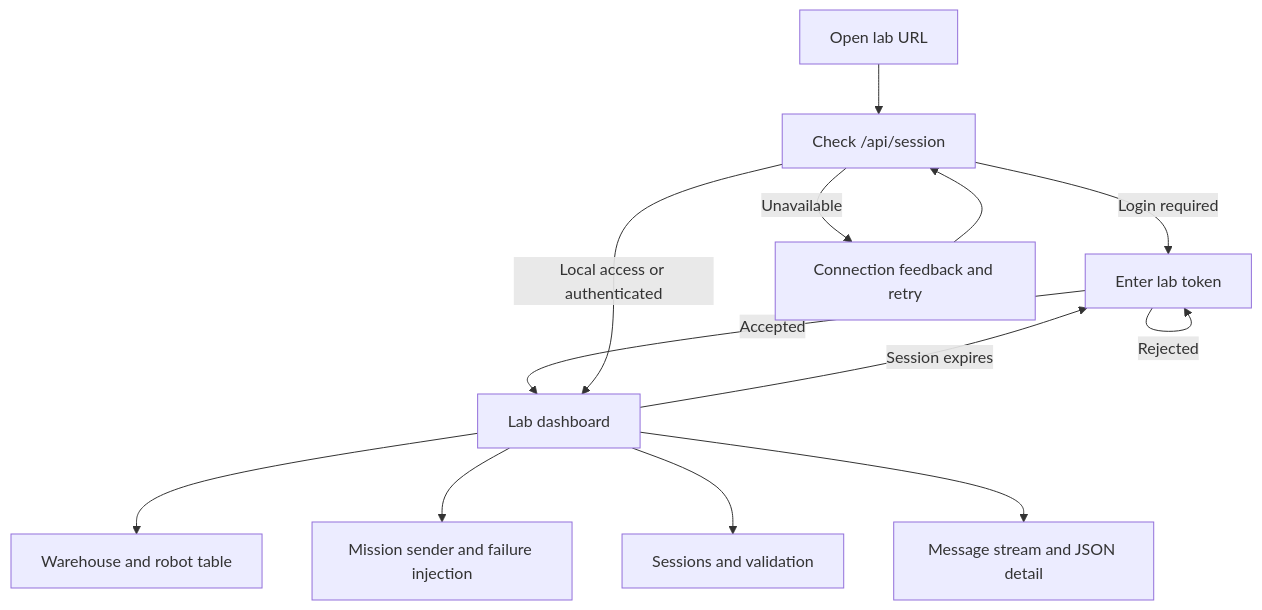
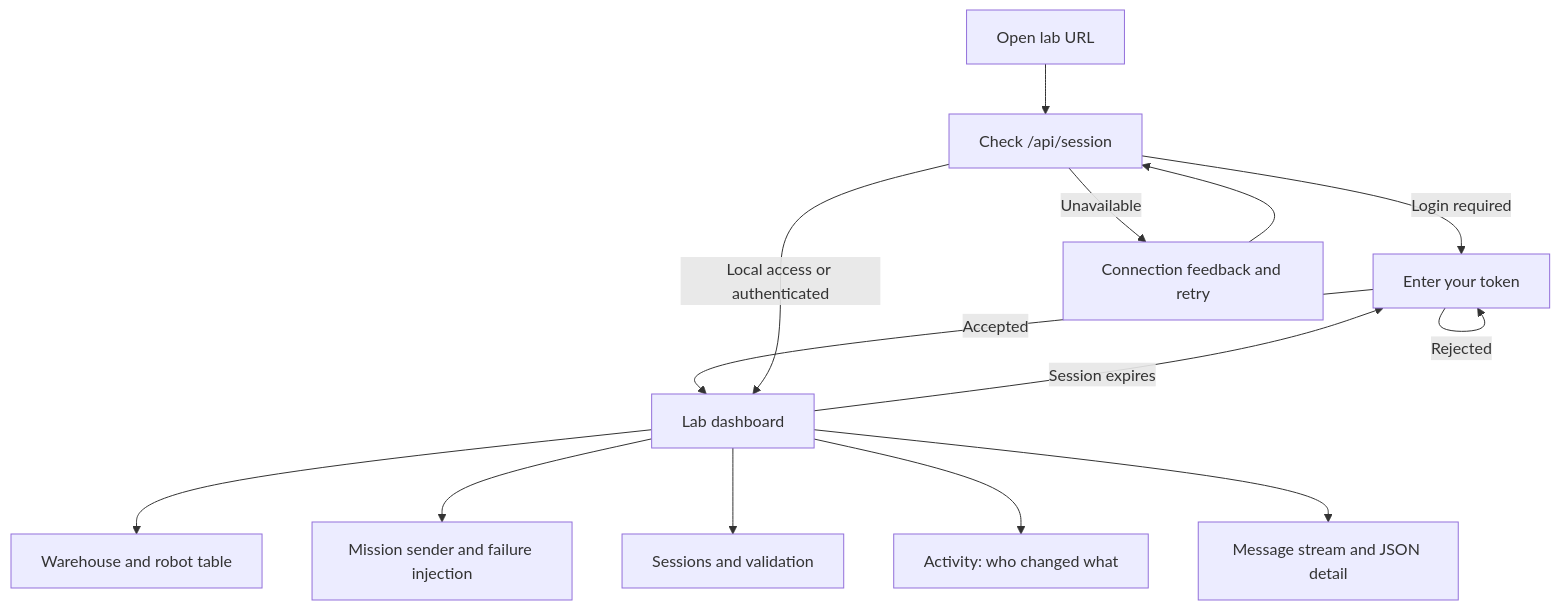
The first of 2 diagrams in docs/product/APP_FLOW.md (Bahuncoder/ActuNode), drawn with Mermaid before and after one commit. The commit also changed other lines of this file and 9 other files, not shown here.

Commit message:
Docs: product specification updated to v0.3.0 (status of every requirement, new PR-15..17 and TR-10..12, plan toward v0.4.0); architecture covers D-55..D-59

````diff
--- a/docs/product/APP_FLOW.md
+++ b/docs/product/APP_FLOW.md
@@ -9,15 +9,16 @@
 ```mermaid
 flowchart TD
   Open[Open lab URL] --> Check[Check /api/session]
-  Check -->|Login required| Login[Enter lab token]
+  Check -->|Login required| Login[Enter your token]
   Login -->|Accepted| Lab[Lab dashboard]
   Login -->|Rejected| Login
   Check -->|Local access or authenticated| Lab
   Check -->|Unavailable| Retry[Connection feedback and retry]
   Retry --> Check
   Lab --> Observe[Warehouse and robot table]
   Lab --> Act[Mission sender and failure injection]
   Lab --> Evidence[Sessions and validation]
+  Lab --> Activity[Activity: who changed what]
   Lab --> Inspect[Message stream and JSON detail]
   Lab -->|Session expires| Login
 ```
````
